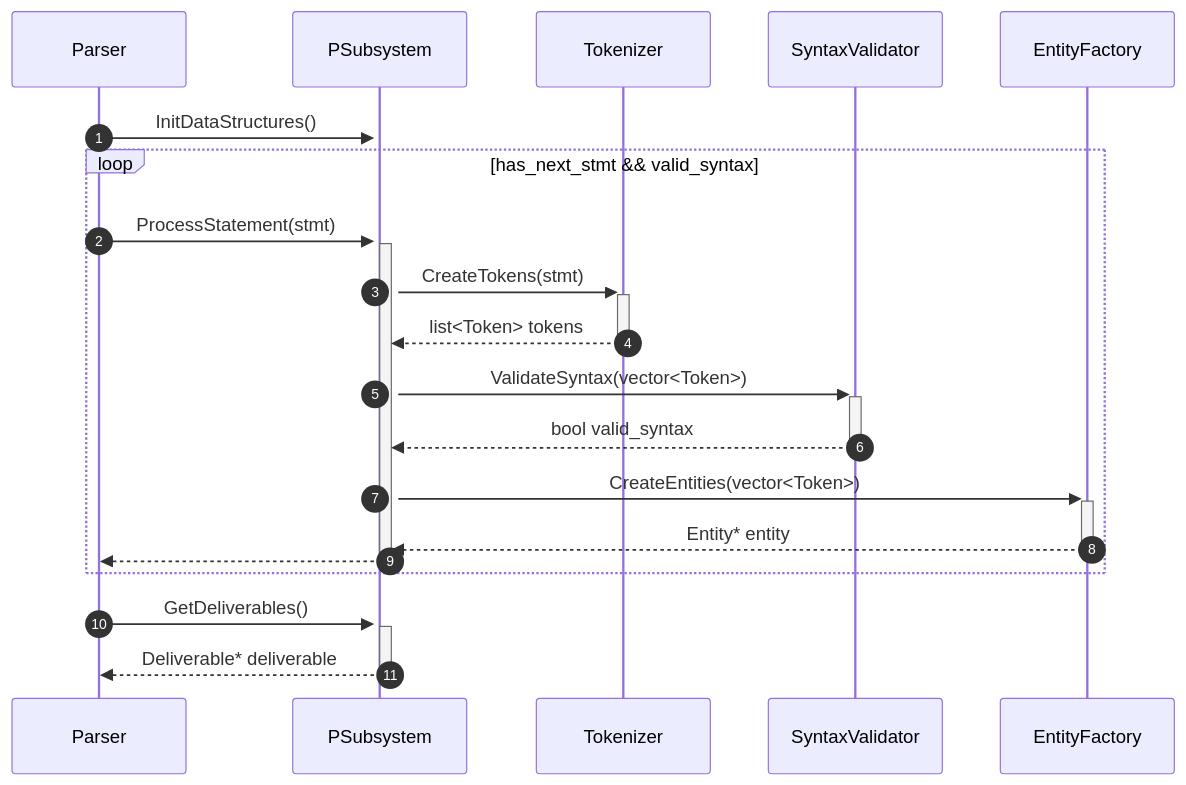
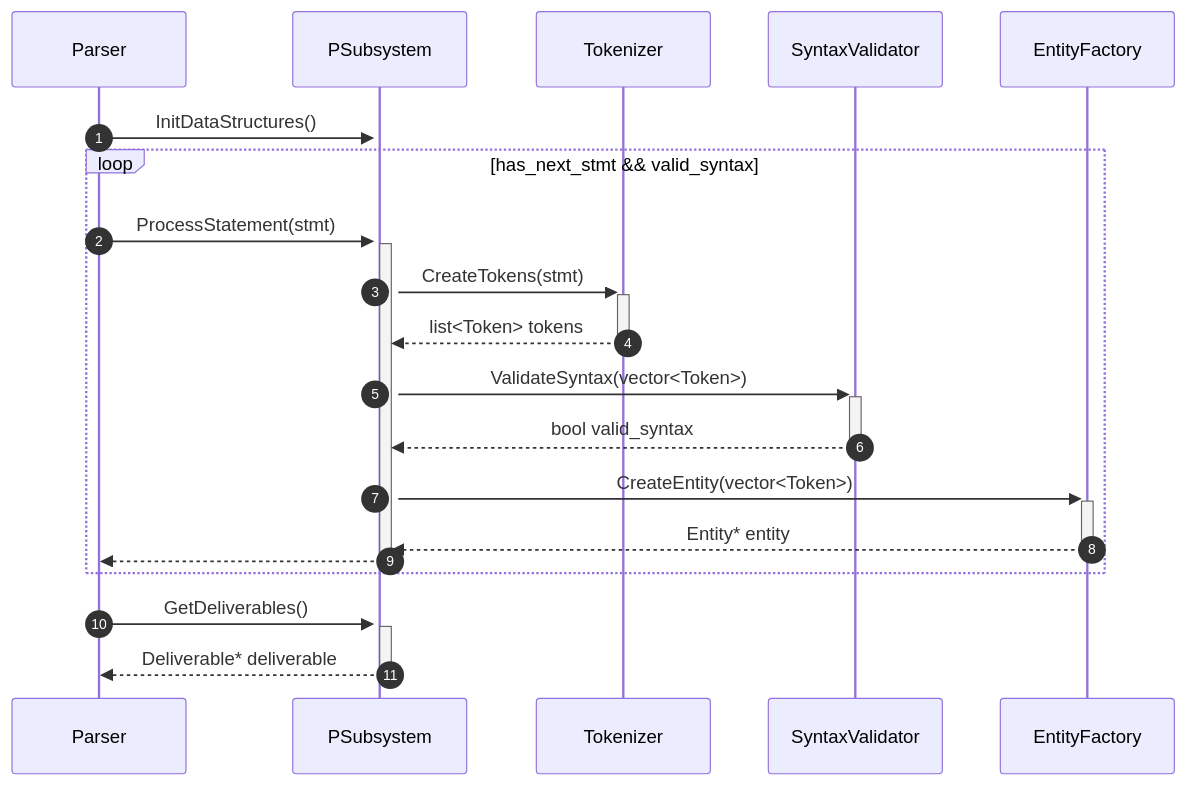
One commit to rtshkmr/CS3203-StaticProgramAnalyzer changed the diagram in docs/sd/ParserSD.mmd. Above: the diagram before and after it, drawn with Mermaid. The commit also changed 14 other files, not shown here.

```diff
--- a/docs/sd/ParserSD.mmd
+++ b/docs/sd/ParserSD.mmd
@@ -1,39 +1,39 @@
 sequenceDiagram
     autonumber
     participant P as Parser
     %% subsystem creates nodes and storing AST while the lines are being read
     %% Psystem contains statement stacks..
     participant PSub as PSubsystem
     participant Tkn as Tokenizer
     participant CGV as SyntaxValidator
     %% EntityFactory modifies necessary DSes (creates Entities, add entries into relationship, entity tables ...)
     participant EF as EntityFactory
 
     %% initialises the necessary data structures inside PSub, these DSes (AST, RelationshipTables, EntityTables) will be accumulated
     %% Assumption: P will check correctness while building DSes %
     P ->>+ PSub: InitDataStructures()
 
     %% statement here refers to the source code in between two semicolons
     %% If valid_state == false in ValidateSyntax, the loop terminates
     loop has_next_stmt && valid_syntax
         P ->>+ PSub: ProcessStatement(stmt)
         PSub ->>+ Tkn: CreateTokens(stmt)
         %% a token looks like: (<symbol>, <tokenTag>) brace_open brace_close
         Tkn -->>- PSub: list<Token> tokens
 
         %% We ask the validator to validate the syntax for a single statement, if there's an error at any token, it should fail early
         PSub ->>+ CGV: ValidateSyntax(vector<Token>)
         CGV -->>-PSub: bool valid_syntax
 
         %% create Entities:  Entity here refers to the Abstraction Entity as described by the wiki/lecture 1 slides
-        PSub ->>+EF:CreateEntities(vector<Token>)
+        PSub ->>+EF:CreateEntity(vector<Token>)
         %% This method has responsibilities such as creating necessary Entity Nodes and updating the necessary tables to reflect relationships (this is where we add info about relationships b/w lines, vars...)
         %% Entity node refers to WHILE/IF/ASSIGN... ref to
         EF-->>-PSub: Entity* entity
 
         PSub -->>-P:
         %% todo: handle the error handling opt code here
     end
     %% at this point, all the statements have been processed, the parser is ready for deliverables to be sent to SP
     P ->>+PSub: GetDeliverables()
     PSub -->>-P: Deliverable* deliverable
```
